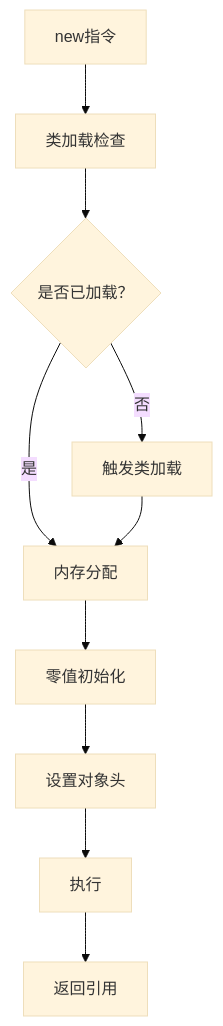
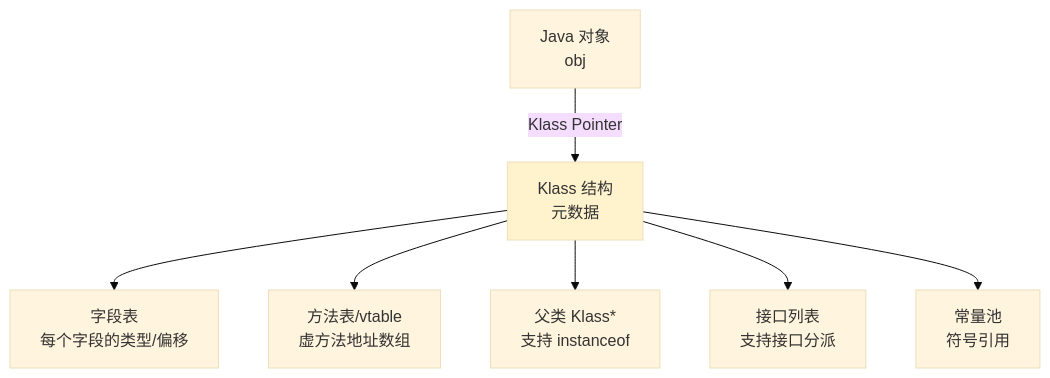
One commit to chongyang211/YCBookBlog changed diagram 20 of 25 in 00.通用技术的提升/02.程序编程原理/08.对象创建流程原理.md. Above: the diagram before and after it, drawn with Mermaid (base theme). The commit also changed other lines of this file and 4 other files, not shown here.

````diff
--- a/00.通用技术的提升/02.程序编程原理/08.对象创建流程原理.md
+++ b/00.通用技术的提升/02.程序编程原理/08.对象创建流程原理.md
@@ -1049,12 +2171,12 @@
 ```mermaid
 flowchart TB
-    A[new指令] --> B[类加载检查]
-    B --> C{是否已加载？}
-    C -->|否| D[触发类加载]
-    C -->|是| E[内存分配]
-    D --> E
-    E --> F[零值初始化]
-    F --> G[设置对象头]
-    G --> H[执行<init>]
-    H --> I[返回引用]
+    A[Java 对象<br/>obj] -->|Klass Pointer| B[Klass 结构<br/>元数据]
+    
+    B --> C[字段表<br/>每个字段的类型/偏移]
+    B --> D[方法表/vtable<br/>虚方法地址数组]
+    B --> E[父类 Klass*<br/>支持 instanceof]
+    B --> F[接口列表<br/>支持接口分派]
+    B --> G[常量池<br/>符号引用]
+    
+    style B fill:#fff3cd
 ```
````
